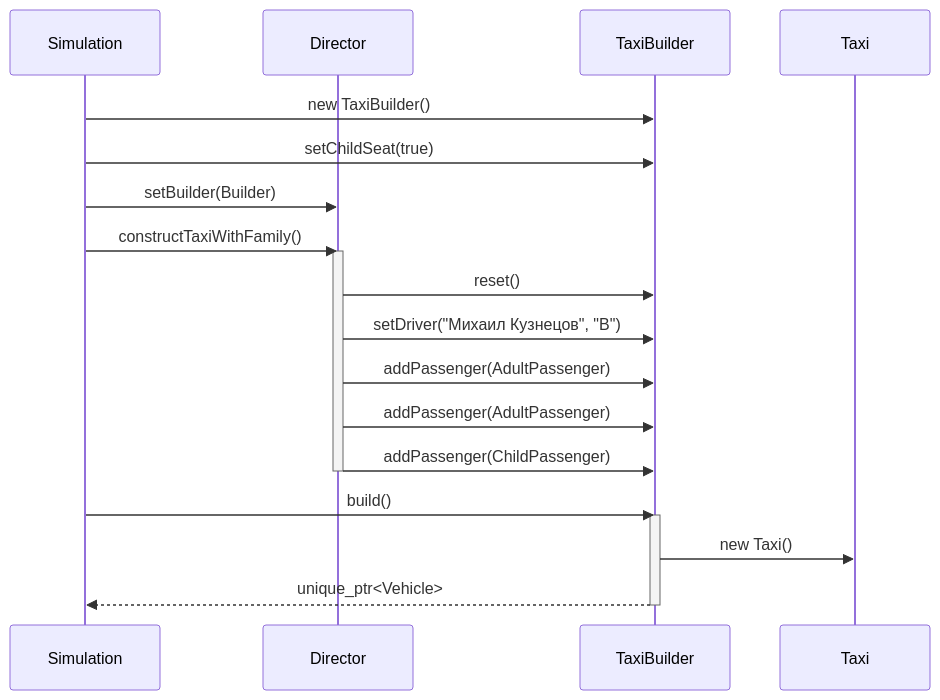
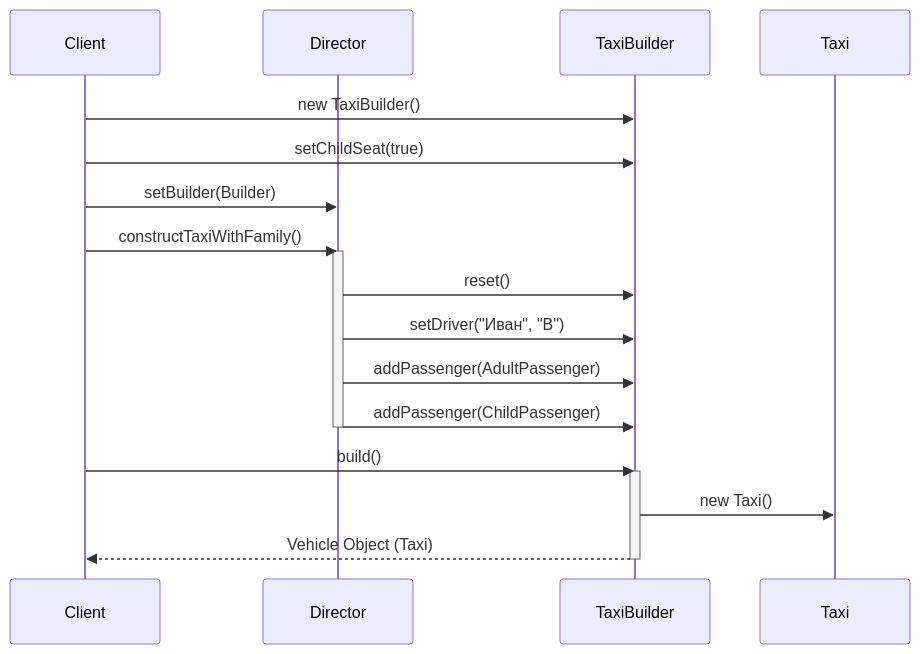
One commit to ivan-aleschin/uni changed the second of 2 diagrams in software-architecture/lab-2/README.md. Above: the diagram before and after it, drawn with Mermaid. The commit also changed other lines of this file, not shown here.

````diff
--- a/software-architecture/lab-2/README.md
+++ b/software-architecture/lab-2/README.md
@@ -147,26 +144,25 @@
 ```mermaid
 sequenceDiagram
-    participant Client as Simulation
+    participant Client
     participant Director
     participant Builder as TaxiBuilder
     participant Vehicle as Taxi
     
     Client->>Builder: new TaxiBuilder()
     Client->>Builder: setChildSeat(true)
     Client->>Director: setBuilder(Builder)
     Client->>Director: constructTaxiWithFamily()
     
     activate Director
     Director->>Builder: reset()
-    Director->>Builder: setDriver("Михаил Кузнецов", "B")
-    Director->>Builder: addPassenger(AdultPassenger)
+    Director->>Builder: setDriver("Иван", "B")
     Director->>Builder: addPassenger(AdultPassenger)
     Director->>Builder: addPassenger(ChildPassenger)
     deactivate Director
     
     Client->>Builder: build()
     activate Builder
     Builder->>Vehicle: new Taxi()
-    Builder-->>Client: unique_ptr<Vehicle>
+    Builder-->>Client: Vehicle Object (Taxi)
     deactivate Builder
 ```
````
